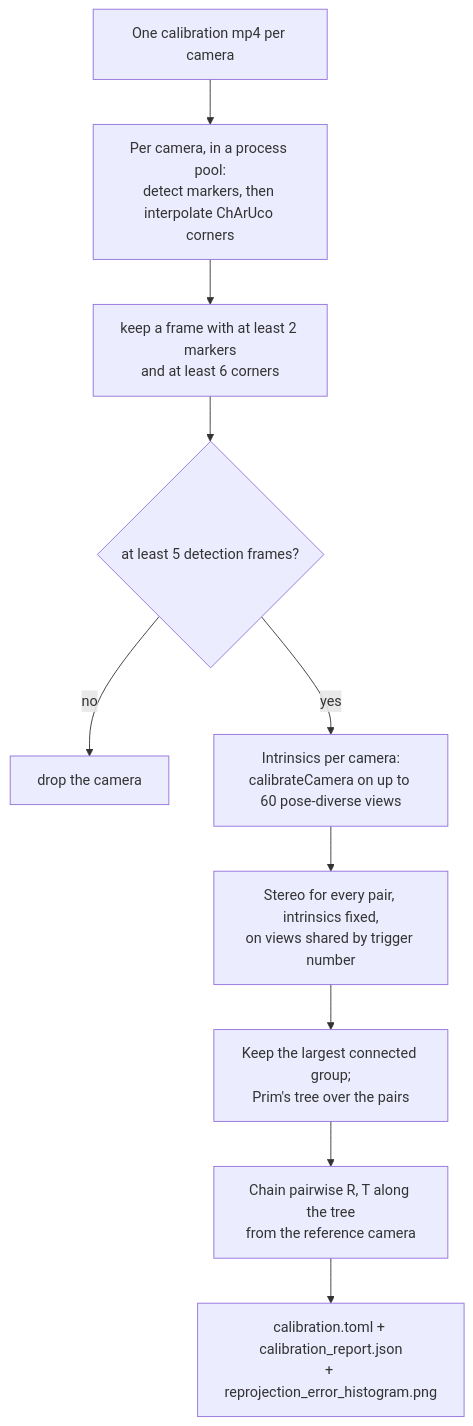
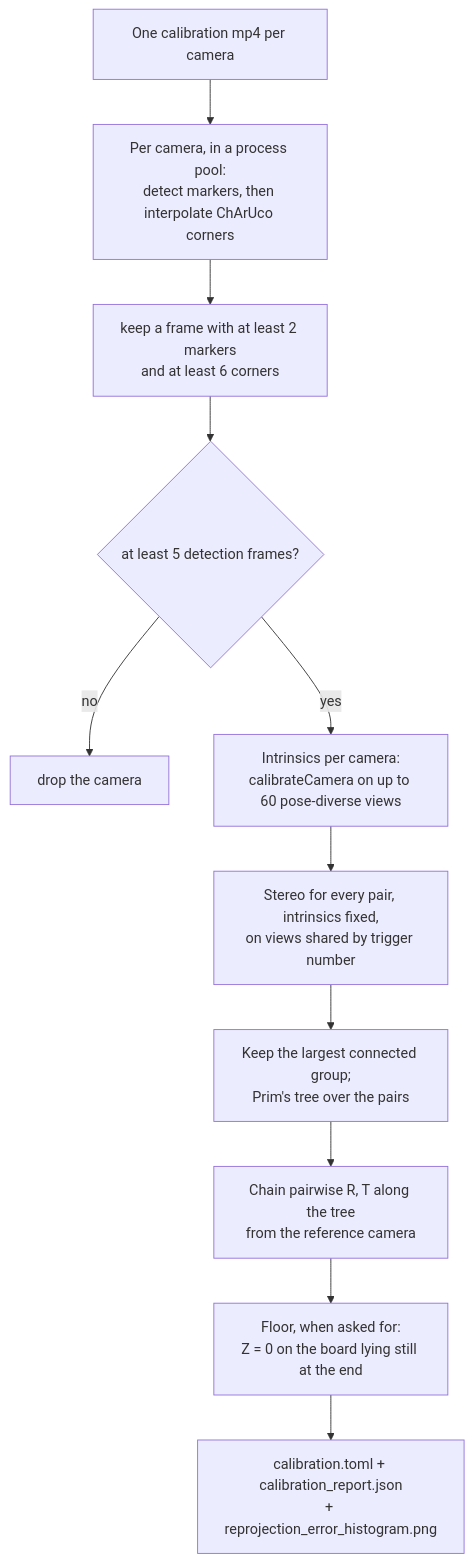
Before and after one commit to talmolab/panopticon: the sixth of 6 diagrams in docs/INTERNALS.md, drawn with Mermaid. The commit also changed other lines of this file and 3 other files, not shown here.

````diff
--- a/docs/INTERNALS.md
+++ b/docs/INTERNALS.md
@@ -1503,12 +1503,13 @@
 ```mermaid
 flowchart TD
   V["One calibration mp4 per camera"] --> D["Per camera, in a process pool:<br>detect markers, then interpolate ChArUco corners"]
   D --> F["keep a frame with at least 2 markers<br>and at least 6 corners"]
   F --> ACT{"at least 5 detection frames?"}
   ACT -->|"no"| X["drop the camera"]
   ACT -->|"yes"| I["Intrinsics per camera:<br>calibrateCamera on up to 60 pose-diverse views"]
   I --> PW["Stereo for every pair, intrinsics fixed,<br>on views shared by trigger number"]
   PW --> G["Keep the largest connected group;<br>Prim's tree over the pairs"]
   G --> CH["Chain pairwise R, T along the tree<br>from the reference camera"]
-  CH --> T["calibration.toml + calibration_report.json<br>+ reprojection_error_histogram.png"]
+  CH --> FL["Floor, when asked for:<br>Z = 0 on the board lying still at the end"]
+  FL --> T["calibration.toml + calibration_report.json<br>+ reprojection_error_histogram.png"]
 ```
````
